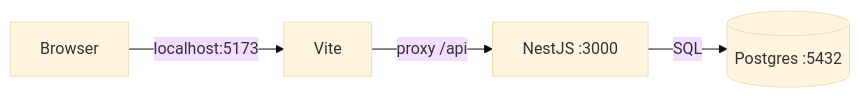
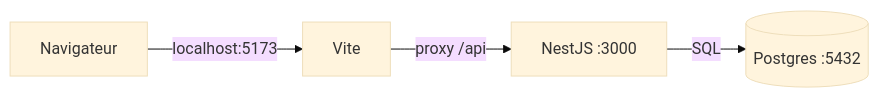
The second of 2 diagrams in docs/architecture.md (alVal-dev/shopify-dashboard), drawn with Mermaid (base theme) before and after one commit. The commit also changed other lines of this file and 1 other file, not shown here.

Commit message:
update architecture and single-origin deployment adr Update docs/architecture.md (components + main flows) - Add ADR 004 (backend serves SPA on same origin) - Document static serving + caching rationale

````diff
--- a/docs/architecture.md
+++ b/docs/architecture.md
@@ -47,6 +51,6 @@
 ```mermaid
 flowchart LR
-  B[Browser] -->|localhost:5173| V[Vite]
+  B[Navigateur] -->|localhost:5173| V[Vite]
   V -->|proxy /api| A[NestJS :3000]
   A -->|SQL| P[(Postgres :5432)]
 ```
````
